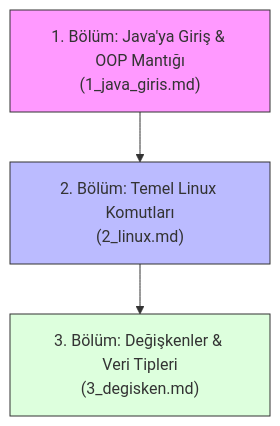
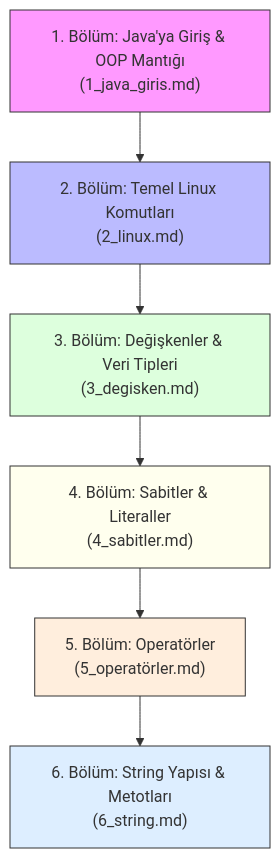
Before and after one commit to zyavuz610/dersler: the diagram in java/0_giris/readme.md, drawn with Mermaid. The commit also changed other lines of this file and 11 other files, not shown here.

````diff
--- a/java/0_giris/readme.md
+++ b/java/0_giris/readme.md
@@ -11,9 +11,15 @@
 ```mermaid
 flowchart TD
     M1["1. Bölüm: Java'ya Giriş & OOP Mantığı<br>(1_java_giris.md)"] --> M2["2. Bölüm: Temel Linux Komutları<br>(2_linux.md)"]
     M2 --> M3["3. Bölüm: Değişkenler & Veri Tipleri<br>(3_degisken.md)"]
+    M3 --> M4["4. Bölüm: Sabitler & Literaller<br>(4_sabitler.md)"]
+    M4 --> M5["5. Bölüm: Operatörler<br>(5_operatörler.md)"]
+    M5 --> M6["6. Bölüm: String Yapısı & Metotları<br>(6_string.md)"]
     
     style M1 fill:#f9f,stroke:#333,stroke-width:1px
     style M2 fill:#bbf,stroke:#333,stroke-width:1px
     style M3 fill:#dfd,stroke:#333,stroke-width:1px
+    style M4 fill:#ffe,stroke:#333,stroke-width:1px
+    style M5 fill:#fed,stroke:#333,stroke-width:1px
+    style M6 fill:#def,stroke:#333,stroke-width:1px
 ```
````
